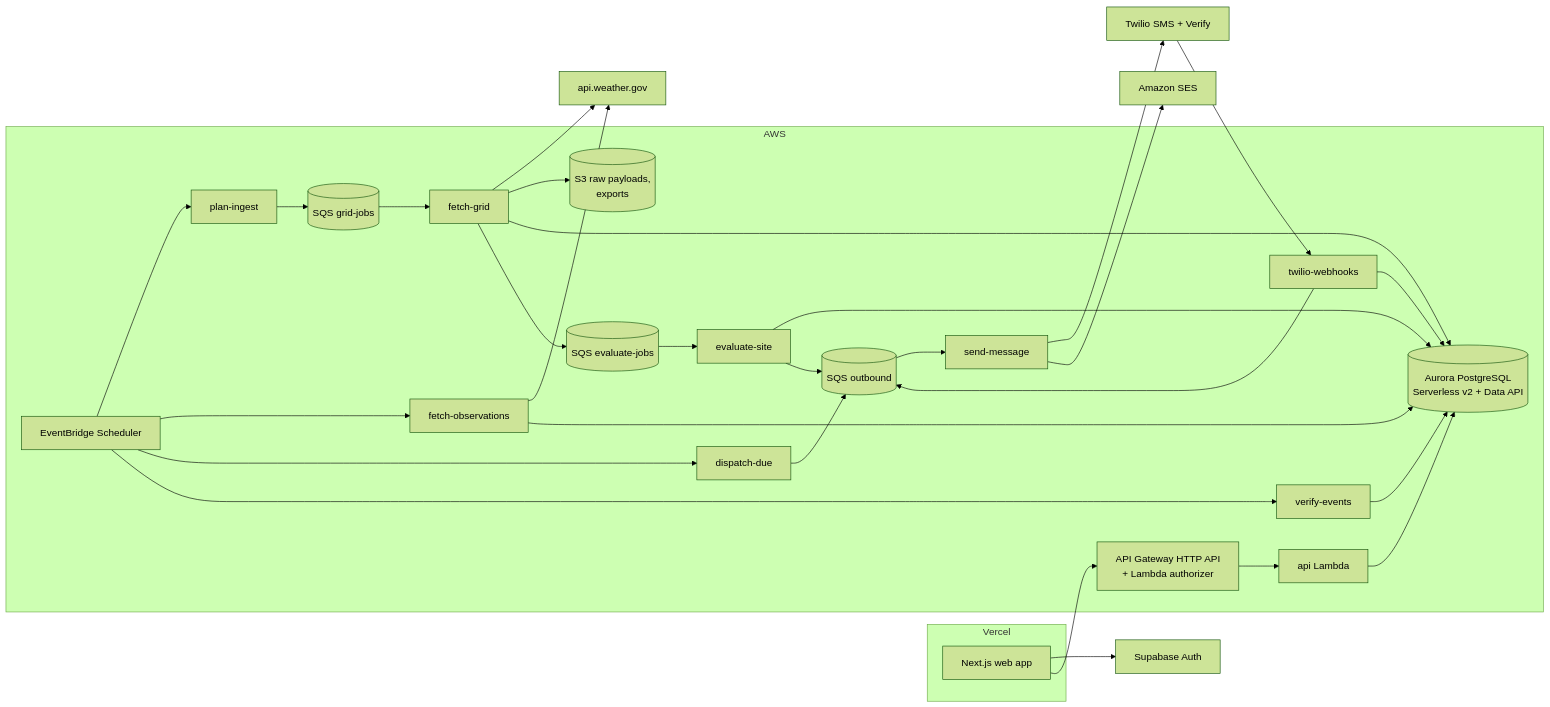
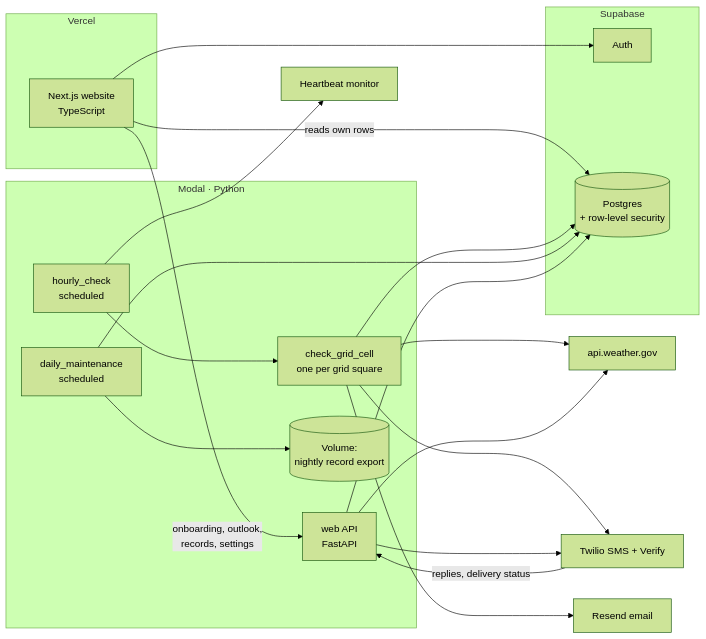
The diagram in docs/TECHNICAL_DESIGN.md (kmearsb/insite-weather), drawn with Mermaid (forest theme) before and after one commit. The commit also changed other lines of this file and 3 other files, not shown here.

First line of the commit message:
Design v0.2: Python back end on Modal, Supabase database and auth, single hourly check

````diff
--- a/docs/TECHNICAL_DESIGN.md
+++ b/docs/TECHNICAL_DESIGN.md
@@ -19,46 +21,37 @@
 ```mermaid
 flowchart LR
     subgraph Vercel
-      WEB[Next.js web app]
+      WEB[Next.js website<br/>TypeScript]
     end
-    AUTH[Supabase Auth]
-    subgraph AWS
-      SCHED[EventBridge Scheduler]
-      API[API Gateway HTTP API<br/>+ Lambda authorizer]
-      APIL[api Lambda]
-      PLAN[plan-ingest]
-      FETCH[fetch-grid]
-      OBS[fetch-observations]
-      EVAL[evaluate-site]
-      DUE[dispatch-due]
-      SEND[send-message]
-      INB[twilio-webhooks]
-      VER[verify-events]
-      Q1[(SQS grid-jobs)]
-      Q2[(SQS evaluate-jobs)]
-      Q3[(SQS outbound)]
-      DB[(Aurora PostgreSQL<br/>Serverless v2 + Data API)]
-      S3[(S3 raw payloads,<br/>exports)]
+    subgraph Supabase
+      AUTH[Auth]
+      DB[(Postgres<br/>+ row-level security)]
+    end
+    subgraph Modal [Modal · Python]
+      HOURLY[hourly_check<br/>scheduled]
+      CELL[check_grid_cell<br/>one per grid square]
+      DAILY[daily_maintenance<br/>scheduled]
+      API[web API<br/>FastAPI]
+      VOL[(Volume:<br/>nightly record export)]
     end
     NWS[api.weather.gov]
     TW[Twilio SMS + Verify]
-    SES[Amazon SES]
+    MAIL[Resend email]
+    HB[Heartbeat monitor]
 
     WEB --> AUTH
-    WEB --> API --> APIL --> DB
-    SCHED --> PLAN --> Q1 --> FETCH
-    SCHED --> OBS
-    FETCH --> NWS
-    OBS --> NWS
-    FETCH --> S3
-    FETCH --> DB
-    OBS --> DB
-    FETCH --> Q2 --> EVAL --> DB
-    SCHED --> DUE --> Q3 --> SEND
-    EVAL --> Q3
-    SEND --> TW
-    SEND --> SES
-    TW --> INB --> DB
-    INB --> Q3
-    SCHED --> VER --> DB
+    WEB -- reads own rows --> DB
+    WEB -- onboarding, outlook,<br/>records, settings --> API
+    HOURLY --> CELL
+    CELL --> NWS
+    CELL --> DB
+    CELL --> TW
+    CELL --> MAIL
+    HOURLY --> HB
+    DAILY --> DB
+    DAILY --> VOL
+    API --> DB
+    API --> NWS
+    API --> TW
+    TW -- replies, delivery status --> API
 ```
````
